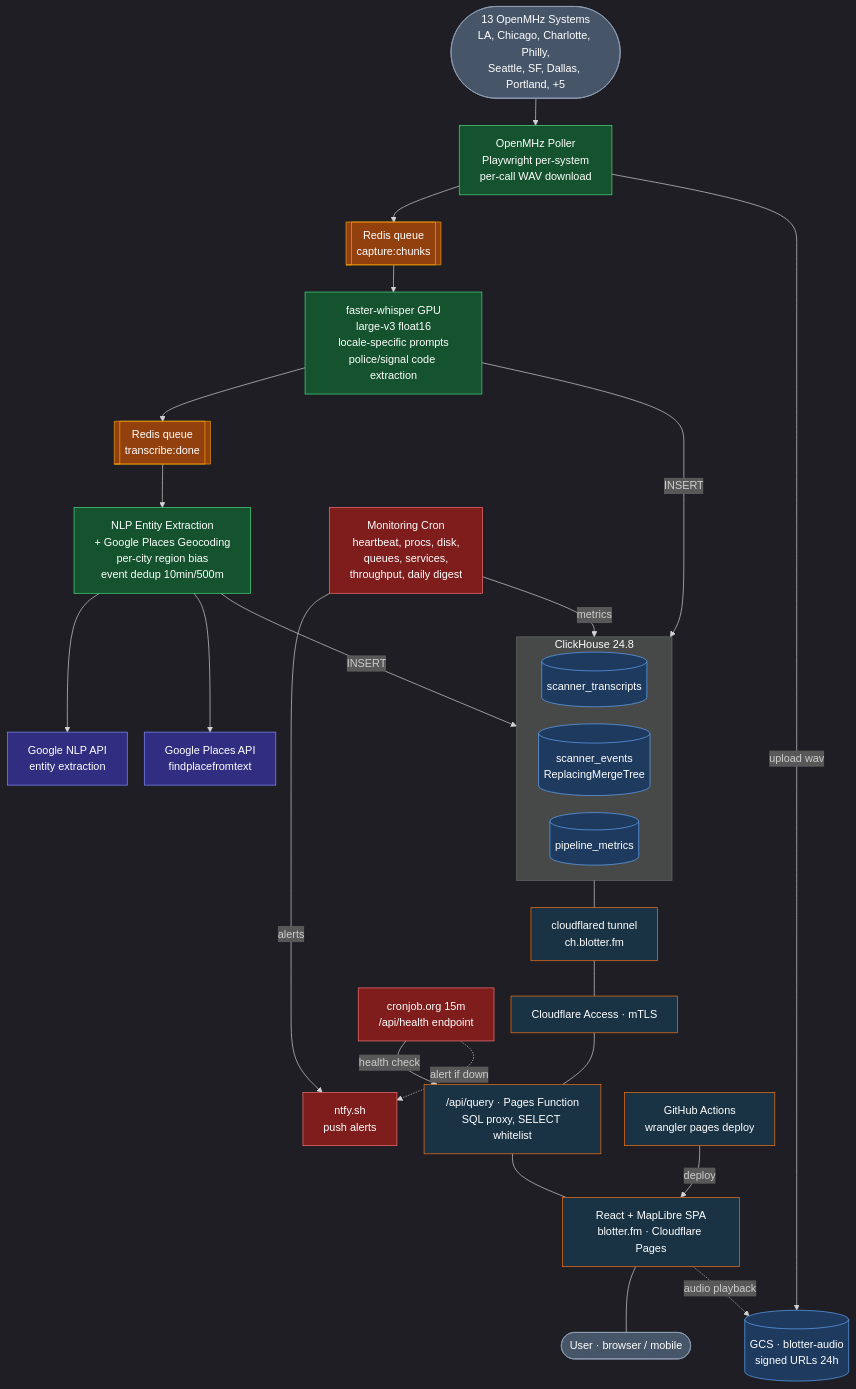
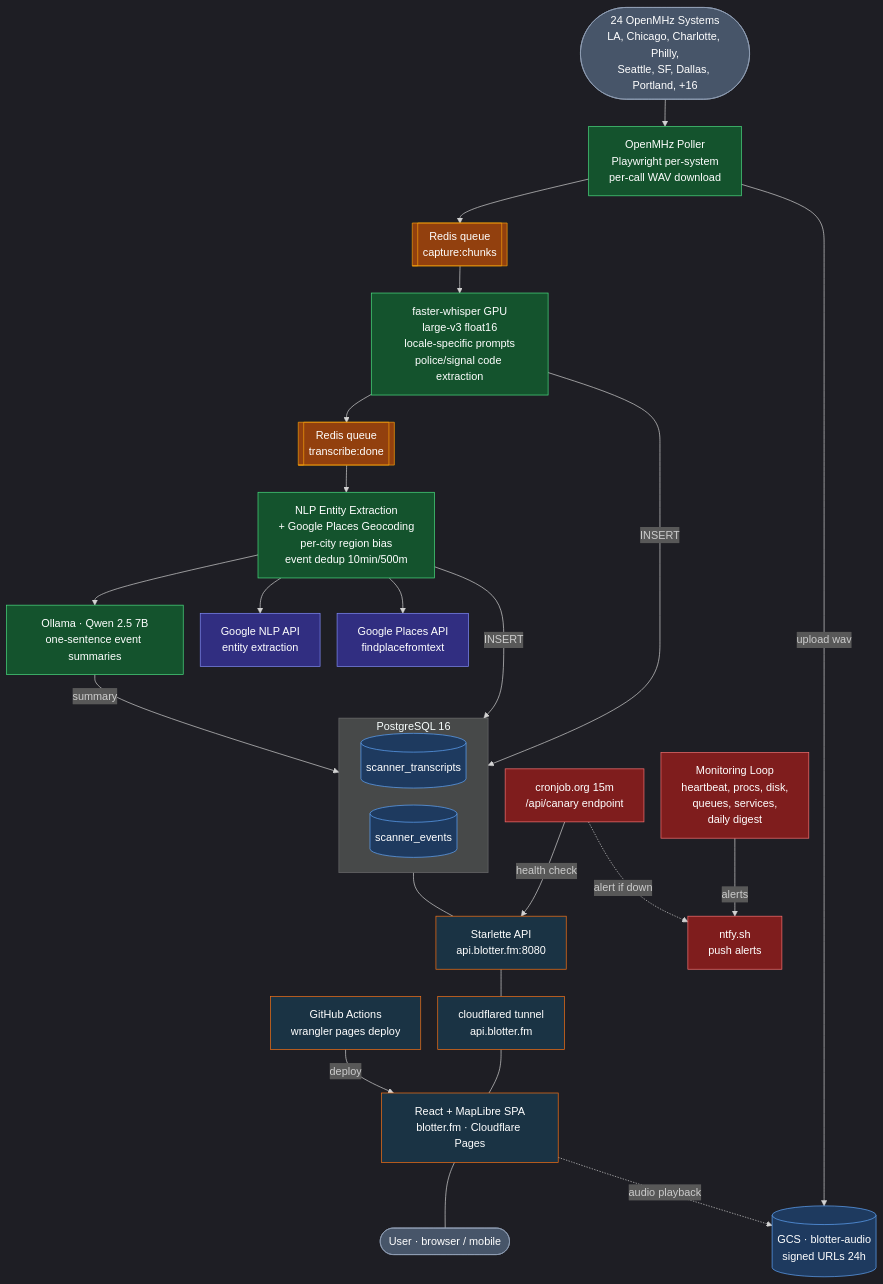
Before and after one commit to sean-reid/blotter: the diagram in README.md, drawn with Mermaid. The commit also changed other lines of this file and 29 other files, not shown here.

````diff
--- a/README.md
+++ b/README.md
@@ -12,7 +12,7 @@
 %%{ init: { "theme": "dark", "flowchart": { "rankSpacing": 40, "nodeSpacing": 25 } } }%%
 flowchart TB
 
-  FEEDS(["13 OpenMHz Systems<br/>LA, Chicago, Charlotte, Philly,<br/>Seattle, SF, Dallas, Portland, +5"])
+  FEEDS(["24 OpenMHz Systems<br/>LA, Chicago, Charlotte, Philly,<br/>Seattle, SF, Dallas, Portland, +16"])
 
   CAPTURE["OpenMHz Poller<br/>Playwright per-system<br/>per-call WAV download"]
 
@@ -24,16 +24,16 @@
 
   EXTRACT["NLP Entity Extraction<br/>+ Google Places Geocoding<br/>per-city region bias<br/>event dedup 10min/500m"]
 
-  subgraph DB["ClickHouse 24.8"]
+  OLLAMA["Ollama · Qwen 2.5 7B<br/>one-sentence event summaries"]
+
+  subgraph DB["PostgreSQL 16"]
     direction LR
     T_TX[("scanner_transcripts")]
-    T_EV[("scanner_events<br/>ReplacingMergeTree")]
-    T_MET[("pipeline_metrics")]
+    T_EV[("scanner_events")]
   end
 
-  TUNNEL["cloudflared tunnel<br/>ch.blotter.fm"]
-  ACCESS["Cloudflare Access · mTLS"]
-  FNQUERY["/api/query · Pages Function<br/>SQL proxy, SELECT whitelist"]
+  API["Starlette API<br/>api.blotter.fm:8080"]
+  TUNNEL["cloudflared tunnel<br/>api.blotter.fm"]
   SPA["React + MapLibre SPA<br/>blotter.fm · Cloudflare Pages"]
   USER(["User · browser / mobile"])
 
@@ -41,9 +41,9 @@
   GNLP["Google NLP API<br/>entity extraction"]
   GPLACES["Google Places API<br/>findplacefromtext"]
 
-  CRON["Monitoring Cron<br/>heartbeat, procs, disk,<br/>queues, services,<br/>throughput, daily digest"]
+  MON["Monitoring Loop<br/>heartbeat, procs, disk,<br/>queues, services,<br/>daily digest"]
   NTFY["ntfy.sh<br/>push alerts"]
-  CANARY["cronjob.org 15m<br/>/api/health endpoint"]
+  CANARY["cronjob.org 15m<br/>/api/canary endpoint"]
 
   DEPLOY["GitHub Actions<br/>wrangler pages deploy"]
 
@@ -52,13 +52,14 @@
   Q1 --> WHISPER
   WHISPER --> Q2
   Q2 --> EXTRACT
+  EXTRACT --> OLLAMA
   WHISPER -->|"INSERT"| T_TX
   EXTRACT -->|"INSERT"| T_EV
+  OLLAMA -->|"summary"| T_EV
 
-  DB --- TUNNEL
-  TUNNEL --- ACCESS
-  ACCESS --- FNQUERY
-  FNQUERY --- SPA
+  DB --- API
+  API --- TUNNEL
+  TUNNEL --- SPA
   SPA --- USER
 
   CAPTURE -->|"upload wav"| GCS
@@ -67,9 +68,8 @@
   EXTRACT --> GNLP
   EXTRACT --> GPLACES
 
-  CRON -->|"metrics"| T_MET
-  CRON -->|"alerts"| NTFY
-  CANARY -->|"health check"| FNQUERY
+  MON -->|"alerts"| NTFY
+  CANARY -->|"health check"| API
   CANARY -.->|"alert if down"| NTFY
 
   DEPLOY -->|"deploy"| SPA
@@ -83,11 +83,11 @@
   classDef user fill:#475569,stroke:#94a3b8,color:#fff
 
   class Q1,Q2 queue
-  class T_TX,T_EV,T_MET,GCS db
-  class CAPTURE,WHISPER,EXTRACT stage
+  class T_TX,T_EV,GCS db
+  class CAPTURE,WHISPER,EXTRACT,OLLAMA stage
   class GNLP,GPLACES google
-  class NTFY,CANARY,CRON alert
-  class TUNNEL,ACCESS,FNQUERY,SPA serve
+  class NTFY,CANARY,MON alert
+  class TUNNEL,API,SPA serve
   class USER,FEEDS user
   class DEPLOY serve
 ```
````
